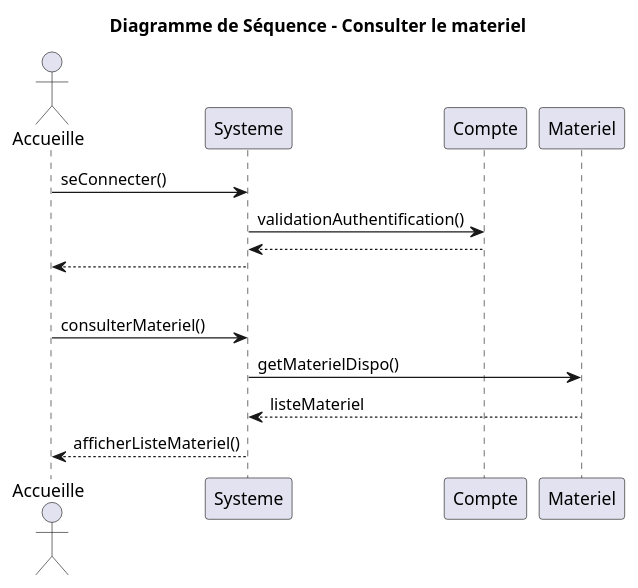
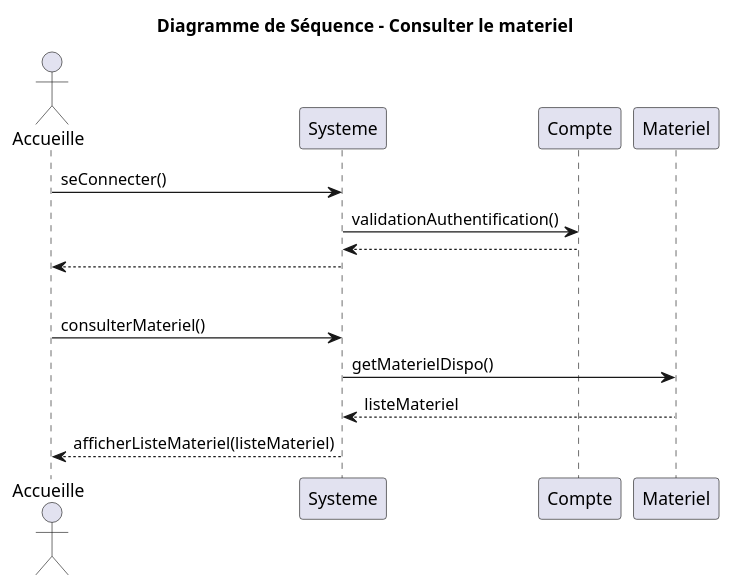
Before and after one commit to Egario54/ProjetClubNautique: the diagram in UML/Diagramme_sequence_consulter_materiel.puml, drawn with PlantUML. The commit also changed 13 other files, not shown here.

First line of the commit message:
Ajout du diagramme de classe

```diff
--- a/UML/Diagramme_sequence_consulter_materiel.puml
+++ b/UML/Diagramme_sequence_consulter_materiel.puml
@@ -1,25 +1,23 @@
 @startuml
 title Diagramme de Séquence - Consulter le materiel
 actor Accueille
 participant Systeme
 participant Compte
 participant Materiel
-
-
 
 'Connexion à un compte'
 Accueille -> Systeme: seConnecter()
 Systeme -> Compte: validationAuthentification()
 return
 Systeme --> Accueille
 
 'Séparation'
 |||
 
 'Accueille consulte le matériel'
 Accueille -> Systeme : consulterMateriel()
-    Systeme -> Materiel : getMaterielDispo()
-    Materiel --> Systeme : listeMateriel
-    Systeme --> Accueille : afficherListeMateriel()
+Systeme -> Materiel : getMaterielDispo()
+Materiel --> Systeme : listeMateriel
+Systeme --> Accueille : afficherListeMateriel(listeMateriel)
 
 @enduml
```
